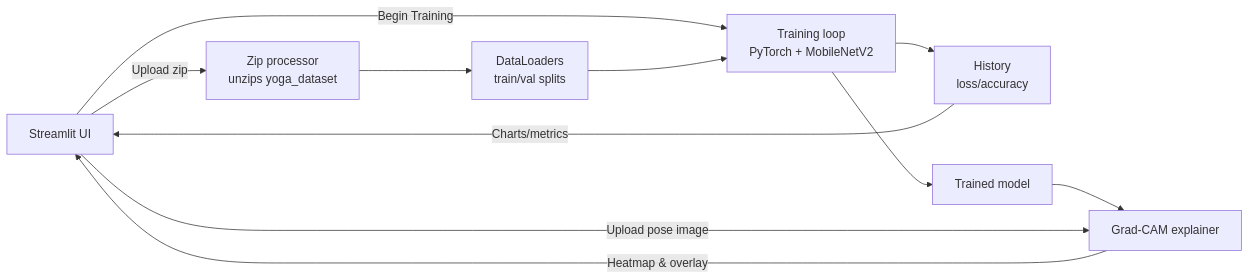
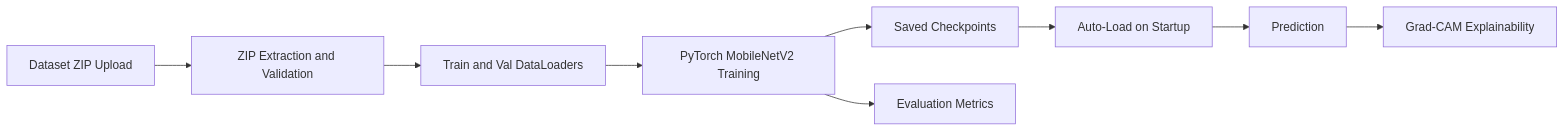
One commit to Shrx14/AsanaAI changed the diagram in Project_Report.md. Above: the diagram before and after it, drawn with Mermaid. The commit also changed other lines of this file and 3 other files, not shown here.

````diff
--- a/Project_Report.md
+++ b/Project_Report.md
@@ -147,13 +290,11 @@
 ```mermaid
 flowchart LR
-    UI[Streamlit UI] -->|Upload zip| ZIP[Zip processor\nunzips yoga_dataset]
-    UI -->|Begin Training| TRAINER[Training loop\nPyTorch + MobileNetV2]
-    ZIP --> DATA[DataLoaders\ntrain/val splits]
-    DATA --> TRAINER
-    TRAINER --> HIST[History\nloss/accuracy]
-    TRAINER --> MODEL[Trained model]
-    MODEL --> CAM[Grad-CAM explainer]
-    UI -->|Upload pose image| CAM
-    CAM -->|Heatmap & overlay| UI
-    HIST -->|Charts/metrics| UI
+		A[Dataset ZIP Upload] --> B[ZIP Extraction and Validation]
+		B --> C[Train and Val DataLoaders]
+		C --> D[PyTorch MobileNetV2 Training]
+		D --> E[Saved Checkpoints]
+		E --> F[Auto-Load on Startup]
+		F --> G[Prediction]
+		G --> H[Grad-CAM Explainability]
+		D --> I[Evaluation Metrics]
 ```
````
